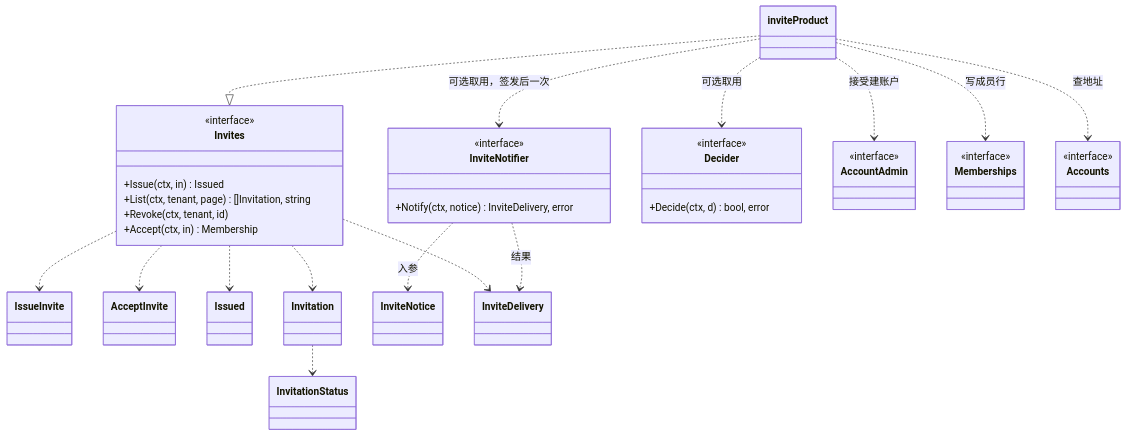
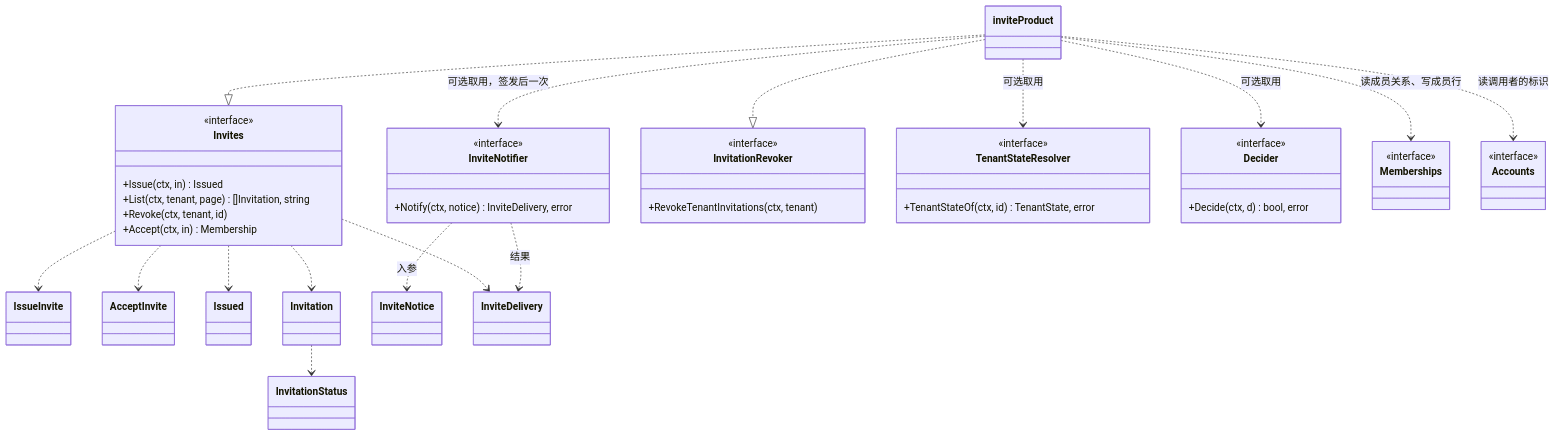
The second of 2 diagrams in docs/design/modules/authn/design-authn-invite.md (wangzw/speed), drawn with Mermaid before and after one commit. The commit also changed other lines of this file and 111 other files, not shown here.

First line of the commit message:
feat(authn)!: require a proven invitation email and harden the invite flow

````diff
--- a/docs/design/modules/authn/design-authn-invite.md
+++ b/docs/design/modules/authn/design-authn-invite.md
@@ -280,49 +325,55 @@
 ```mermaid
 classDiagram
     class Invites {
         <<interface>>
         +Issue(ctx, in) Issued
         +List(ctx, tenant, page) []Invitation, string
         +Revoke(ctx, tenant, id)
         +Accept(ctx, in) Membership
     }
     class IssueInvite
     class AcceptInvite
     class Issued
     class Invitation
     class InvitationStatus
     class InviteNotifier {
         <<interface>>
         +Notify(ctx, notice) InviteDelivery, error
     }
     class InviteNotice
     class InviteDelivery
+    class InvitationRevoker {
+        <<interface>>
+        +RevokeTenantInvitations(ctx, tenant)
+    }
+    class TenantStateResolver {
+        <<interface>>
+        +TenantStateOf(ctx, id) TenantState, error
+    }
     class inviteProduct
     class Decider {
         <<interface>>
         +Decide(ctx, d) bool, error
-    }
-    class AccountAdmin {
-        <<interface>>
     }
     class Memberships {
         <<interface>>
     }
     class Accounts {
         <<interface>>
     }
     inviteProduct ..|> Invites
+    inviteProduct ..|> InvitationRevoker
+    inviteProduct ..> TenantStateResolver : 可选取用
     inviteProduct ..> Decider : 可选取用
     inviteProduct ..> InviteNotifier : 可选取用，签发后一次
-    inviteProduct ..> AccountAdmin : 接受建账户
-    inviteProduct ..> Memberships : 写成员行
-    inviteProduct ..> Accounts : 查地址
+    inviteProduct ..> Memberships : 读成员关系、写成员行
+    inviteProduct ..> Accounts : 读调用者的标识
     Invites ..> IssueInvite
     Invites ..> AcceptInvite
     Invites ..> Issued
     Invites ..> Invitation
     Invites ..> InviteDelivery
     Invitation ..> InvitationStatus
     InviteNotifier ..> InviteNotice : 入参
     InviteNotifier ..> InviteDelivery : 结果
 ```
````
